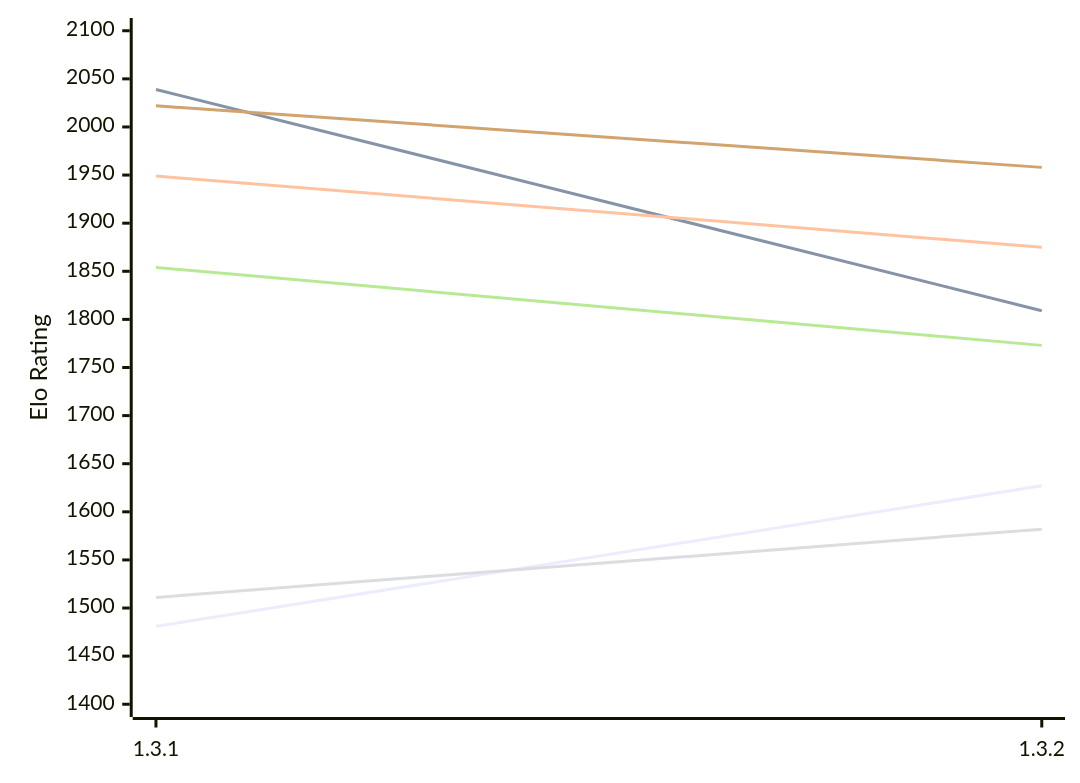
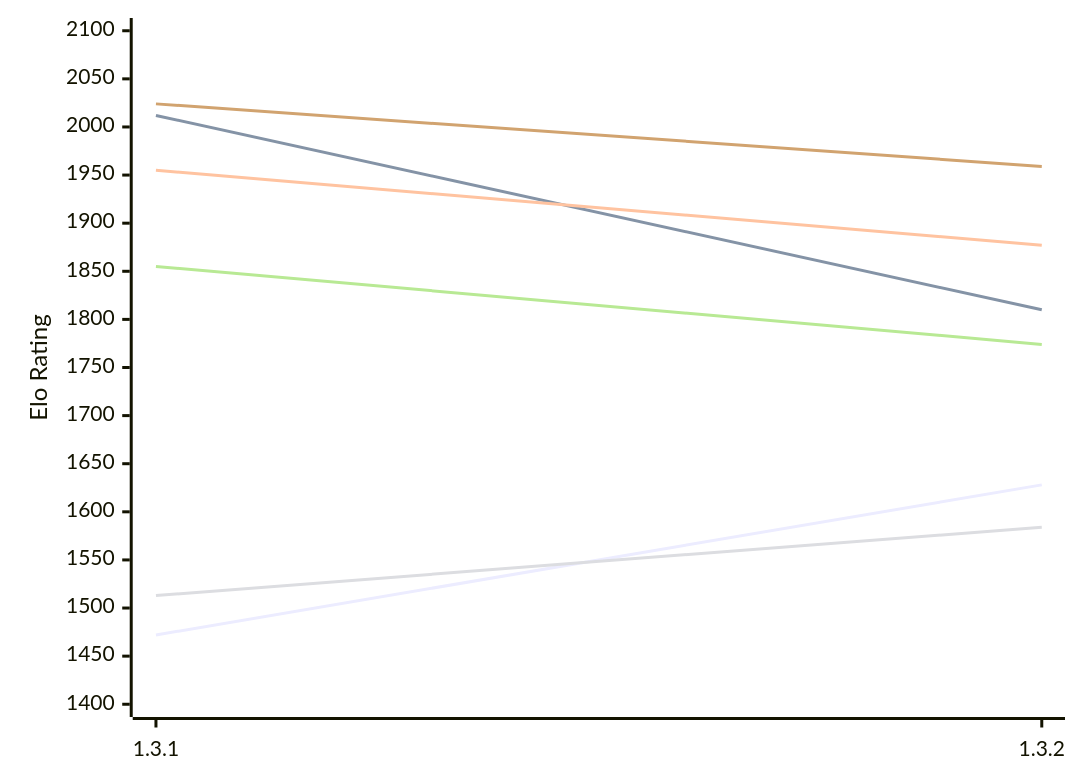
The first of 2 diagrams in engines/Zugblitz.md (computer-chess-index/cci), drawn with Mermaid before and after one commit. The commit also changed other lines of this file, not shown here.

Commit message:
Update CCI Ratings (ELO VLTC) - 2026-11-24

````diff
--- a/engines/Zugblitz.md
+++ b/engines/Zugblitz.md
@@ -50,12 +50,12 @@
 ```mermaid
 %%{init: {"theme":"base","themeVariables":{"seriesColors:['#a3a3a3','#222221','#faa371']}}}%%
 xychart-beta
   x-axis ["1.3.1", "1.3.2"]
   y-axis "Elo Rating" 1400 --> 2100
-  line "E1: STC (8.0+0.08s)" [1481, 1627]
-  line "E1: LTC (60.0+0.60s)" [2039, 1809]
-  line "E1: VLTC (2m24s+1.12s)" [1949, 1875]
-  line "P1: STC (8.0+0.08s)" [1511, 1582]
-  line "P1: LTC (60.0+0.60s)" [1854, 1773]
-  line "P1: VLTC (2m24s+1.12s)" [2022, 1958]
+  line "E1: STC (8.0+0.08s)" [1472, 1628]
+  line "E1: LTC (60.0+0.60s)" [2012, 1810]
+  line "E1: VLTC (2m24s+1.12s)" [1955, 1877]
+  line "P1: STC (8.0+0.08s)" [1513, 1584]
+  line "P1: LTC (60.0+0.60s)" [1855, 1774]
+  line "P1: VLTC (2m24s+1.12s)" [2024, 1959]
 ```
````
